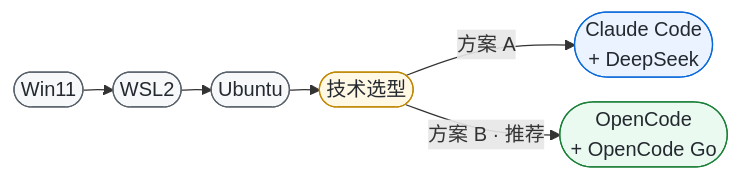
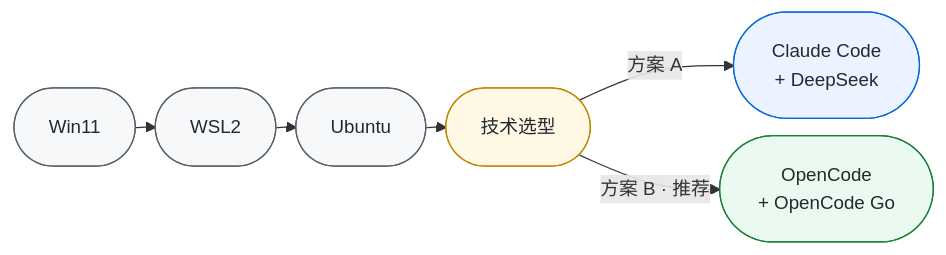
One commit to QianRongAn/wsl2-ubuntu-ai-coding-setup changed the diagram in README.md. Above: the diagram before and after it, drawn with Mermaid.

Commit message:
docs: tighten diagram spacing and add right padding to clear the toolbar

````diff
--- a/README.md
+++ b/README.md
@@ -74,17 +74,17 @@
 ```mermaid
-%%{init: {"themeVariables": {"fontSize": "16px"}, "flowchart": {"nodeSpacing": 20, "rankSpacing": 24, "curve": "basis", "padding": 4}}}%%
+%%{init: {"themeVariables": {"fontSize": "15px"}, "flowchart": {"nodeSpacing": 14, "rankSpacing": 16, "curve": "basis", "padding": 40}}}%%
 flowchart LR
     A(["Win11"]) --> B(["WSL2"]) --> C(["Ubuntu"]) --> D(["技术选型"])
     D -->|"方案 A"| E(["Claude Code<br/>+ DeepSeek"])
     D -->|"方案 B · 推荐"| F(["OpenCode<br/>+ OpenCode Go"])
 
     classDef base fill:#f6f8fa,stroke:#57606a,color:#24292f
     classDef pick fill:#fff8e5,stroke:#bf8700,color:#24292f
     classDef a fill:#eaf3ff,stroke:#0969da,color:#24292f
     classDef b fill:#eafaf1,stroke:#1a7f37,color:#24292f
 
     class A,B,C base
     class D pick
     class E a
     class F b
 ```
````
